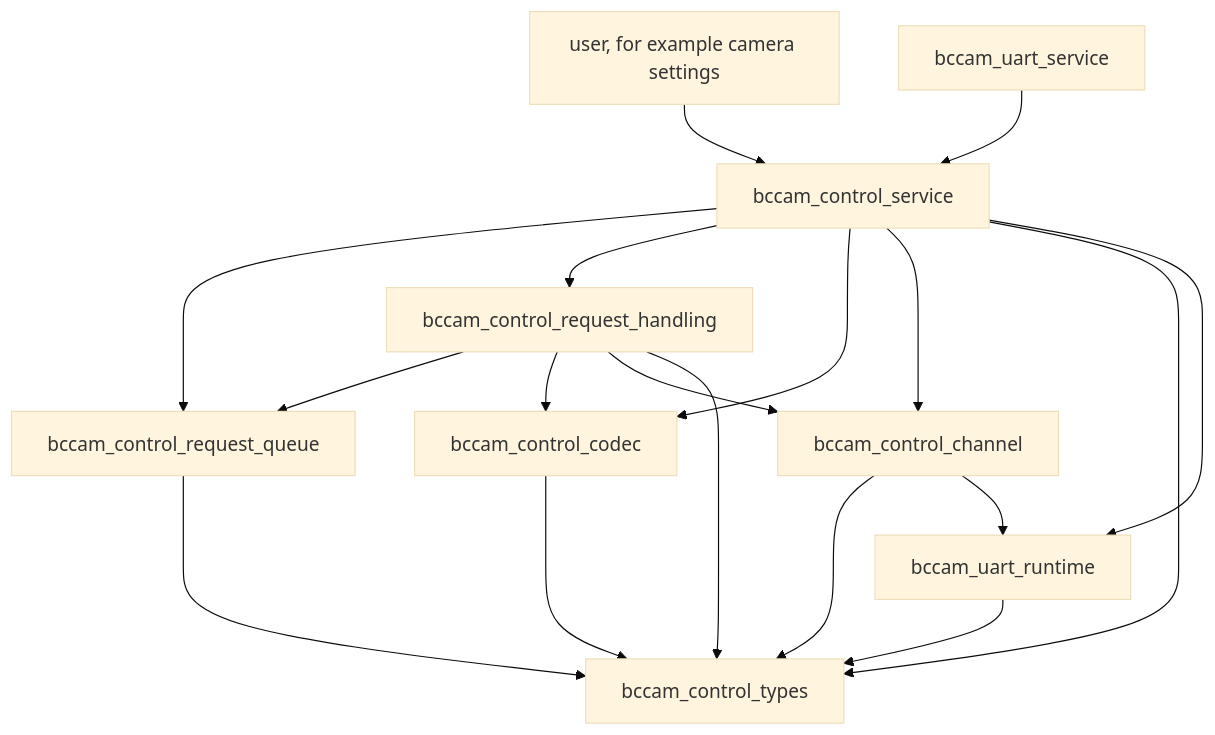
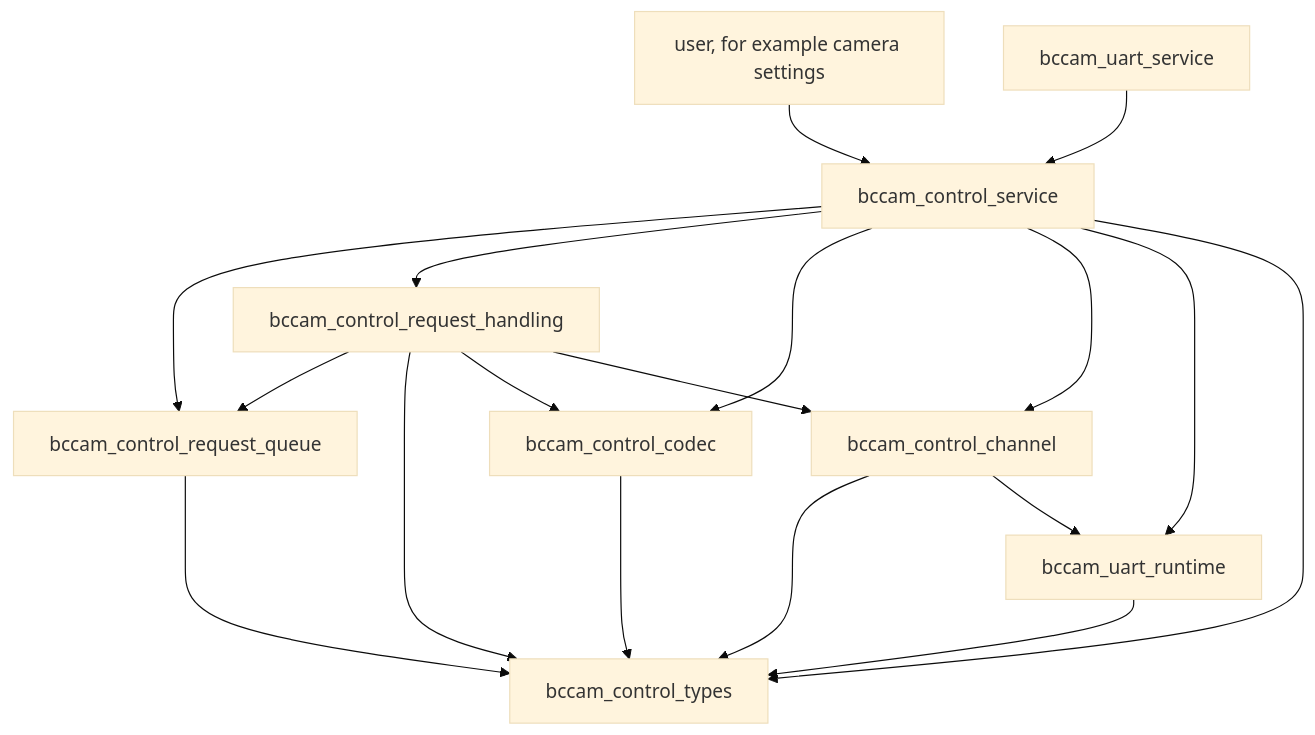
One commit to bitcraze/crazyflie-firmware changed the third of 10 diagrams in docs/functional-areas/camera-deck-control.md. Above: the diagram before and after it, drawn with Mermaid (base theme). The commit also changed other lines of this file, not shown here.

Commit message:
docs: Cleaned up diagrams

````diff
--- a/docs/functional-areas/camera-deck-control.md
+++ b/docs/functional-areas/camera-deck-control.md
@@ -341,36 +341,36 @@
 ```mermaid
 flowchart TB
     user["user, for example camera settings"]
     uart_service["bccam_uart_service"]
 
     service["bccam_control_service"]
     handling["bccam_control_request_handling"]
     queue["bccam_control_request_queue"]
     codec["bccam_control_codec"]
     channel["bccam_control_channel"]
 
     types["bccam_control_types"]
     runtime["bccam_uart_runtime"]
 
     user --> service
     uart_service --> service
 
     service --> queue
     service --> handling
     service --> codec
     service --> channel
 
     handling --> queue
+    handling --> types
     handling --> codec
     handling --> channel
 
-    service --> types
-    handling --> types
     queue --> types
     codec --> types
     channel --> types
 
     service --> runtime
+    service --> types
     channel --> runtime
     runtime --> types
 ```
````
